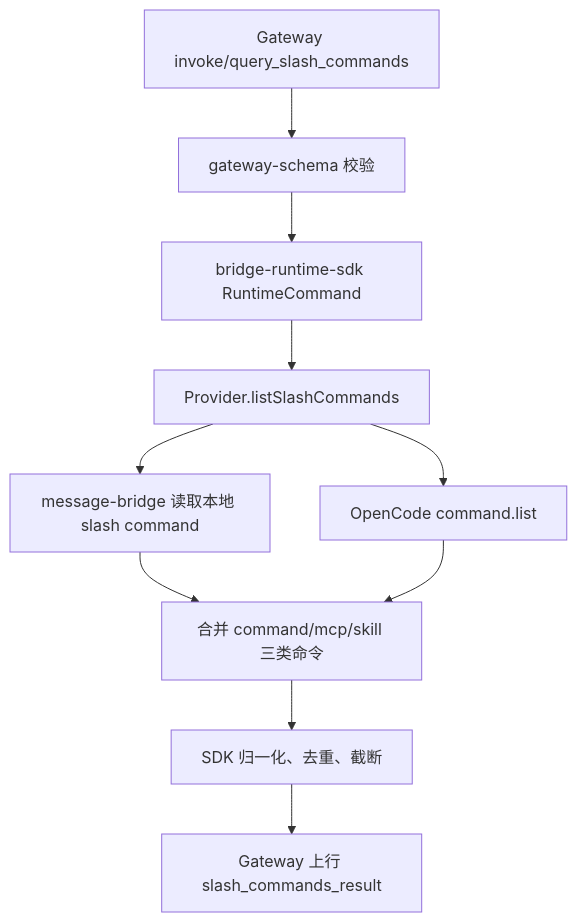
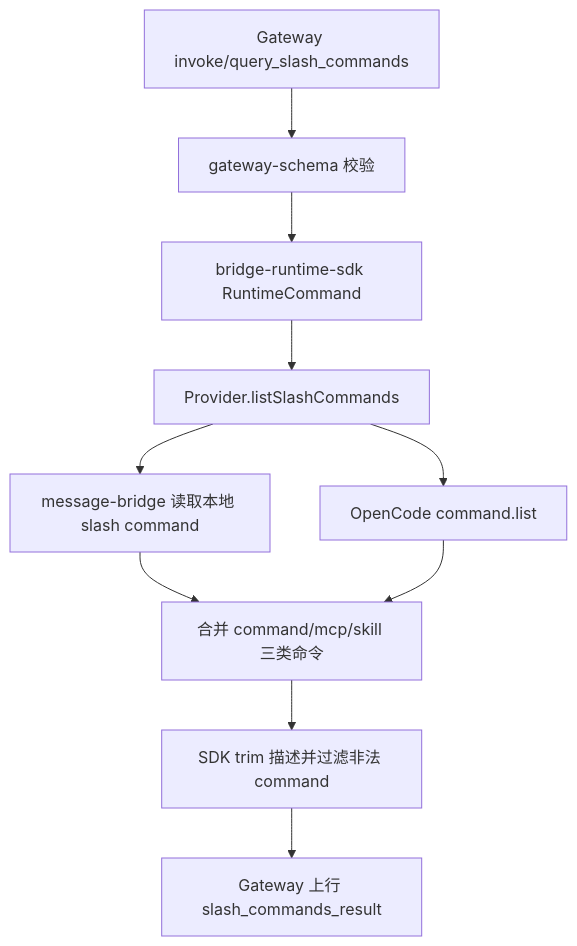
One commit to yuzhangCZ/agent-plugin changed the first of 3 diagrams in docs/design/2026-06-11-slash-command-list-report-plan.md. Above: the diagram before and after it, drawn with Mermaid. The commit also changed other lines of this file and 3 other files, not shown here.

````diff
--- a/docs/design/2026-06-11-slash-command-list-report-plan.md
+++ b/docs/design/2026-06-11-slash-command-list-report-plan.md
@@ -44,12 +44,12 @@
 ```mermaid
 flowchart TD
     A["Gateway invoke/query_slash_commands"] --> B["gateway-schema 校验"]
     B --> C["bridge-runtime-sdk RuntimeCommand"]
     C --> D["Provider.listSlashCommands"]
     D --> E["message-bridge 读取本地 slash command"]
     D --> F["OpenCode command.list"]
     E --> G["合并 command/mcp/skill 三类命令"]
     F --> G
-    G --> H["SDK 归一化、去重、截断"]
+    G --> H["SDK trim 描述并过滤非法 command"]
     H --> I["Gateway 上行 slash_commands_result"]
 ```
````
